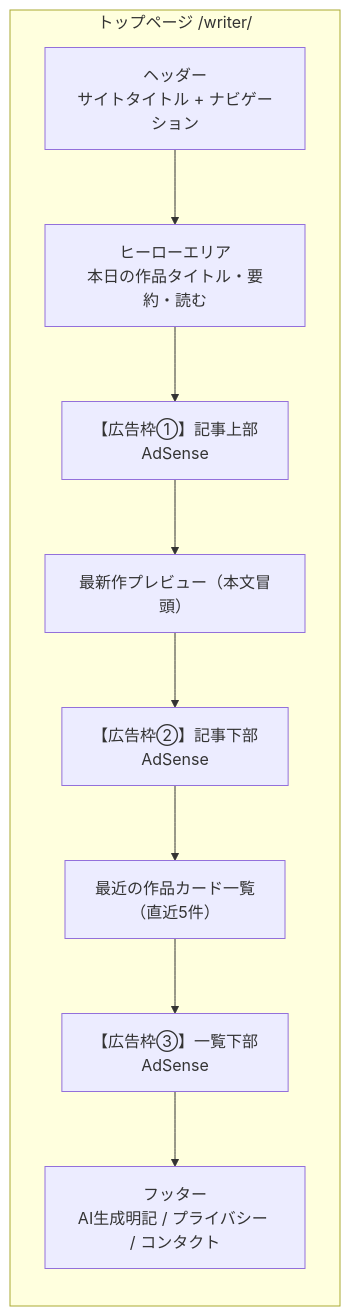
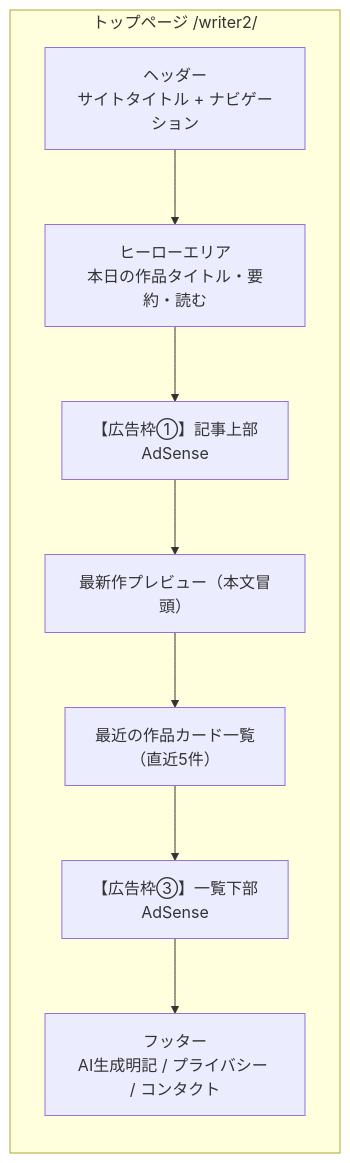
One commit to garyohosu/writer2 changed the third of 8 diagrams in UI.md. Above: the diagram before and after it, drawn with Mermaid. The commit also changed other lines of this file and 2 other files, not shown here.

````diff
--- a/UI.md
+++ b/UI.md
@@ -55,16 +55,15 @@
 ```mermaid
 graph TD
-    subgraph TOP["トップページ /writer/"]
+    subgraph TOP["トップページ /writer2/"]
         direction TB
         H["ヘッダー\nサイトタイトル + ナビゲーション"]
         HERO["ヒーローエリア\n本日の作品タイトル・要約・読む"]
         AD1["【広告枠①】記事上部\nAdSense"]
         LATEST["最新作プレビュー（本文冒頭）"]
-        AD2["【広告枠②】記事下部\nAdSense"]
         RECENT["最近の作品カード一覧\n（直近5件）"]
         AD3["【広告枠③】一覧下部\nAdSense"]
         FOOT["フッター\nAI生成明記 / プライバシー / コンタクト"]
 
-        H --> HERO --> AD1 --> LATEST --> AD2 --> RECENT --> AD3 --> FOOT
+        H --> HERO --> AD1 --> LATEST --> RECENT --> AD3 --> FOOT
     end
 ```
````
